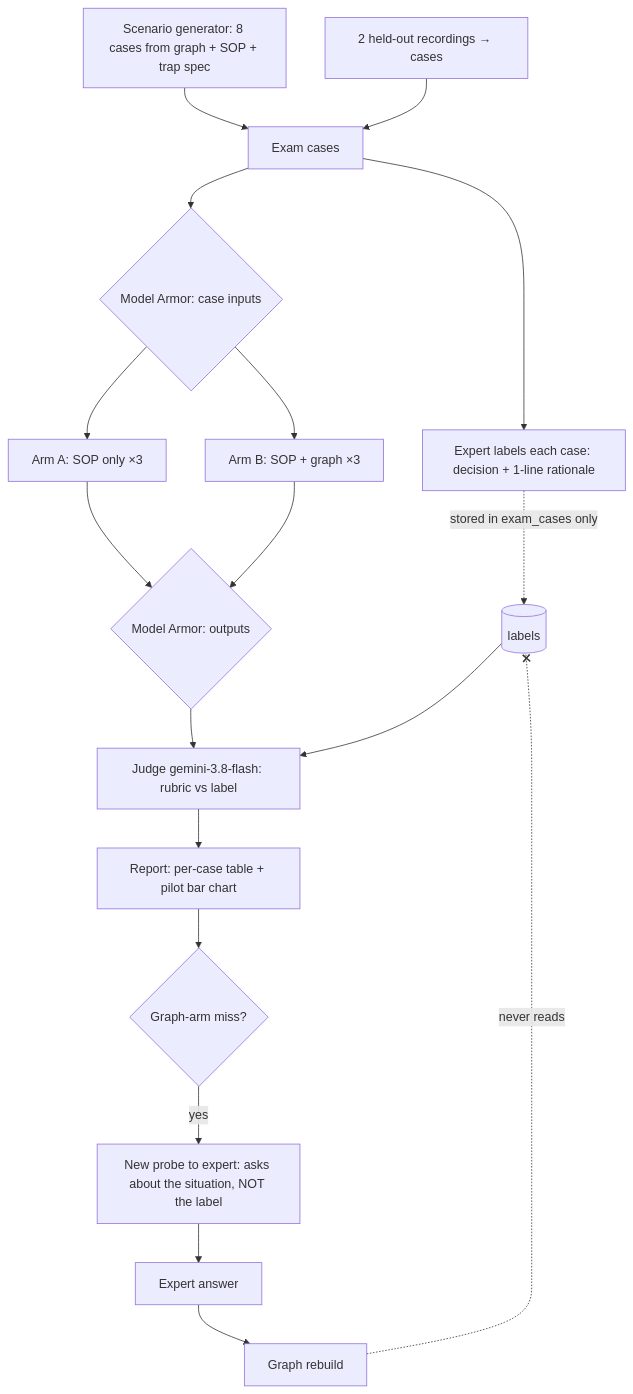
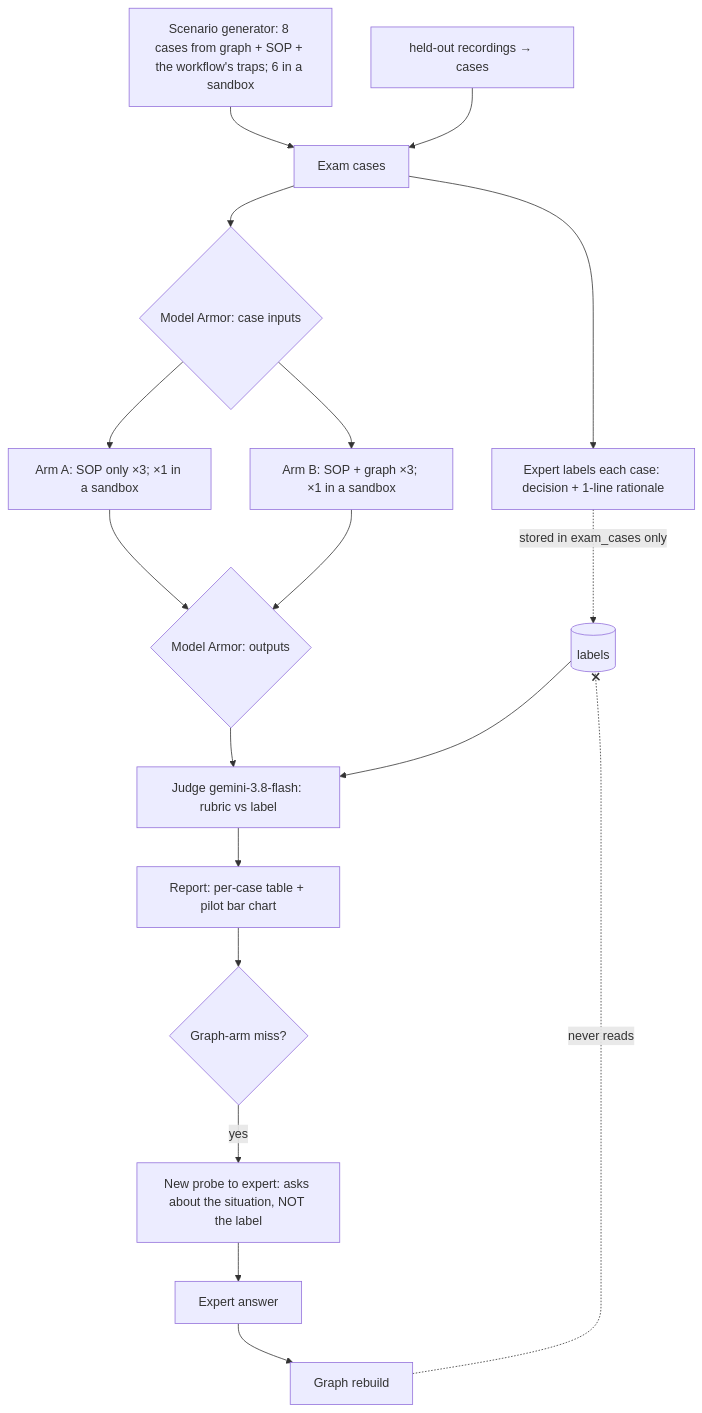
The fifth of 8 diagrams in docs/ARCHITECTURE.md (saikosis/apprentice-agent), drawn with Mermaid before and after one commit. The commit also changed other lines of this file and 2 other files, not shown here.

First line of the commit message:
README for evaluators (live URL, problem, what it does, results, how it's built); architecture and spec brought up to date

`````diff
--- a/docs/ARCHITECTURE.md
+++ b/docs/ARCHITECTURE.md
@@ -158,19 +172,19 @@
 ````mermaid
 flowchart TD
-  S[Scenario generator: 8 cases from graph + SOP + trap spec] --> C[Exam cases]
-  H[2 held-out recordings → cases] --> C
+  S[Scenario generator: 8 cases from graph + SOP + the workflow's traps; 6 in a sandbox] --> C[Exam cases]
+  H[held-out recordings → cases] --> C
   C --> L[Expert labels each case: decision + 1-line rationale]
   L -. stored in exam_cases only .-> LBL[(labels)]
   C --> MA1{Model Armor: case inputs}
-  MA1 --> A1[Arm A: SOP only ×3]
-  MA1 --> A2[Arm B: SOP + graph ×3]
+  MA1 --> A1[Arm A: SOP only ×3; ×1 in a sandbox]
+  MA1 --> A2[Arm B: SOP + graph ×3; ×1 in a sandbox]
   A1 --> MA2{Model Armor: outputs}
   A2 --> MA2
   MA2 --> J[Judge gemini-3.8-flash: rubric vs label]
   LBL --> J
   J --> R[Report: per-case table + pilot bar chart]
   R --> M{Graph-arm miss?}
   M -- yes --> P[New probe to expert: asks about the situation, NOT the label]
   P --> ANS[Expert answer] --> GB[Graph rebuild]
   GB -. never reads .-x LBL
 ````
`````
